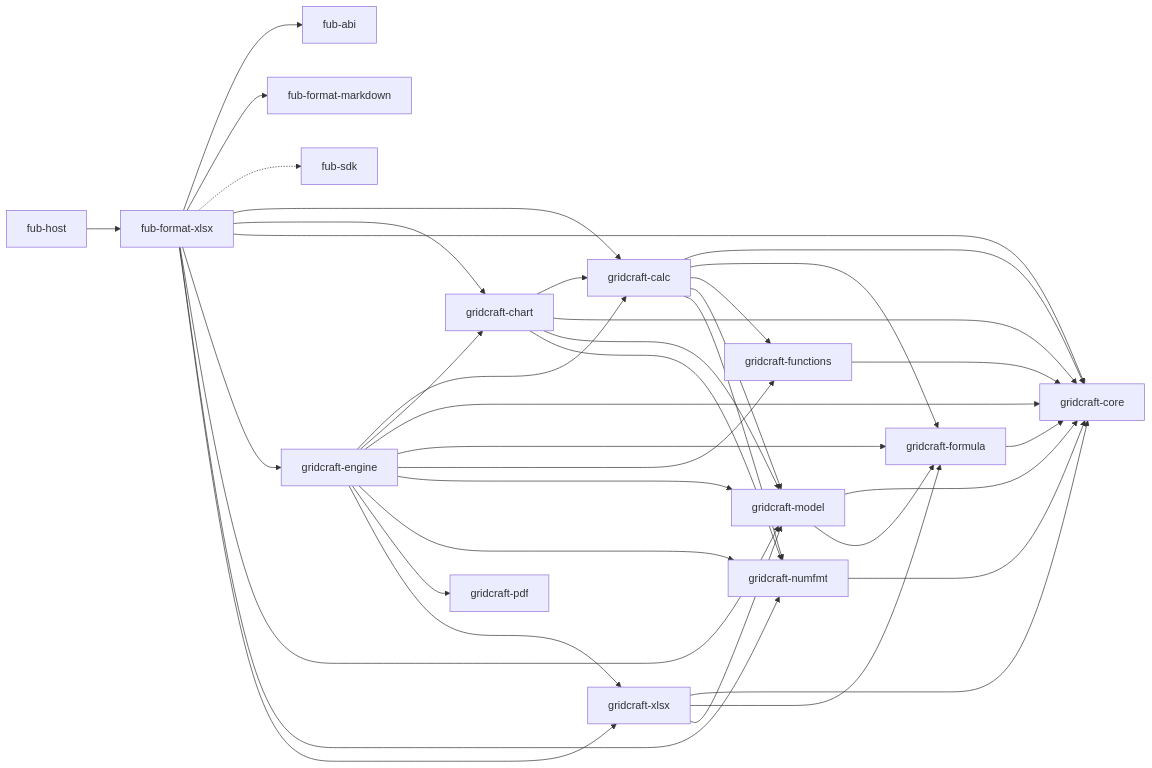
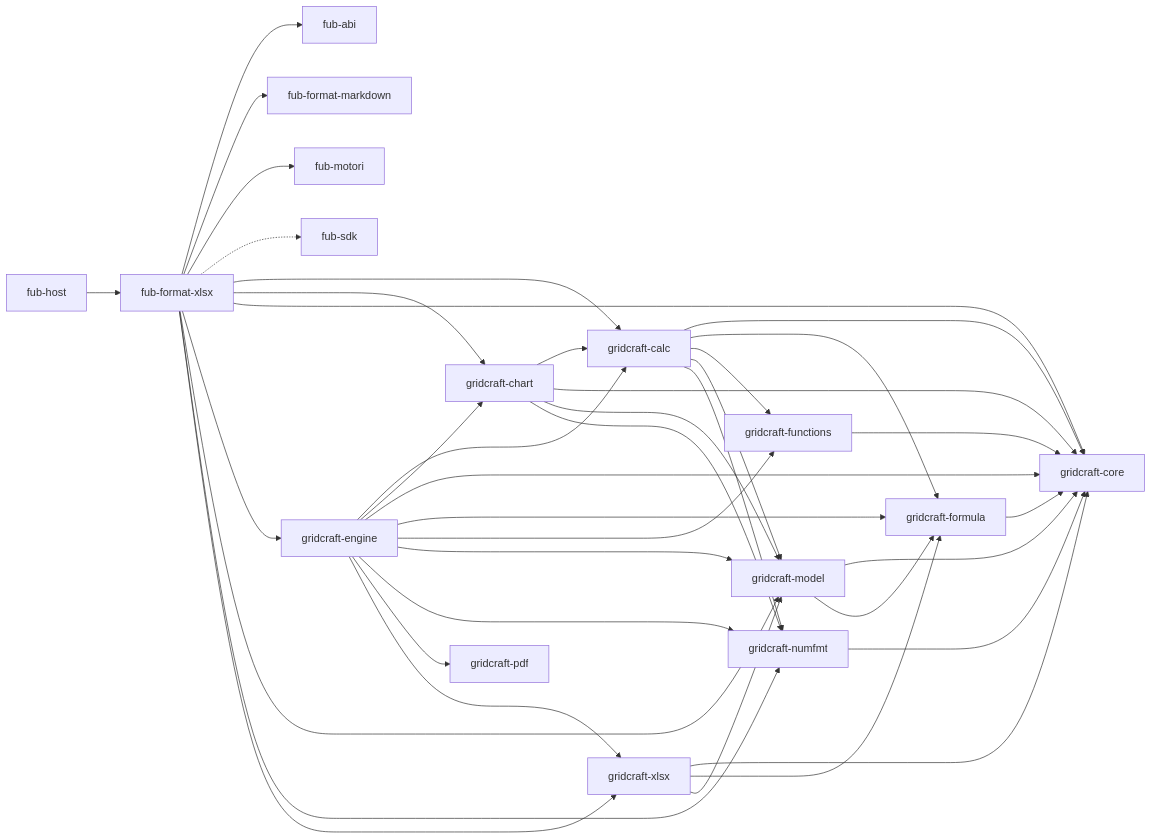
The third of 5 diagrams in docs/architecture/overview.md (Fubeo/Fub), drawn with Mermaid before and after one commit. The commit also changed other lines of this file and 7 other files, not shown here.

Commit message:
feat(xlsx): il motore dei fogli sul registro dei motori, con le cache nel budget

````diff
--- a/docs/architecture/overview.md
+++ b/docs/architecture/overview.md
@@ -166,59 +168,61 @@
 ```mermaid
 flowchart LR
     %% @grafo-dipendenze
     %% Il seguito del grafo: fub-format-xlsx e i crate di GridCraft.
 
     host["fub-host"]
     abi["fub-abi"]
     markdown["fub-format-markdown"]
     sdk["fub-sdk"]
     xlsx["fub-format-xlsx"]
     gcalc["gridcraft-calc"]
     gchart["gridcraft-chart"]
     gcore["gridcraft-core"]
     gengine["gridcraft-engine"]
     gformula["gridcraft-formula"]
     gfunctions["gridcraft-functions"]
     gnumfmt["gridcraft-numfmt"]
     gmodel["gridcraft-model"]
     gpdf["gridcraft-pdf"]
     gxlsx["gridcraft-xlsx"]
+    motori["fub-motori"]
 
     host --> xlsx
     xlsx --> abi
     xlsx --> markdown
+    xlsx --> motori
     xlsx -.-> sdk
     xlsx --> gcalc
     xlsx --> gchart
     xlsx --> gcore
     xlsx --> gengine
     xlsx --> gmodel
     xlsx --> gnumfmt
     xlsx --> gxlsx
     gcalc --> gcore
     gcalc --> gformula
     gcalc --> gfunctions
     gcalc --> gmodel
     gcalc --> gnumfmt
     gchart --> gcalc
     gchart --> gcore
     gchart --> gmodel
     gchart --> gnumfmt
     gengine --> gcalc
     gengine --> gchart
     gengine --> gcore
     gengine --> gformula
     gengine --> gfunctions
     gengine --> gmodel
     gengine --> gnumfmt
     gengine --> gpdf
     gengine --> gxlsx
     gformula --> gcore
     gfunctions --> gcore
     gmodel --> gcore
     gmodel --> gformula
     gnumfmt --> gcore
     gxlsx --> gcore
     gxlsx --> gformula
     gxlsx --> gmodel
 ```
````
